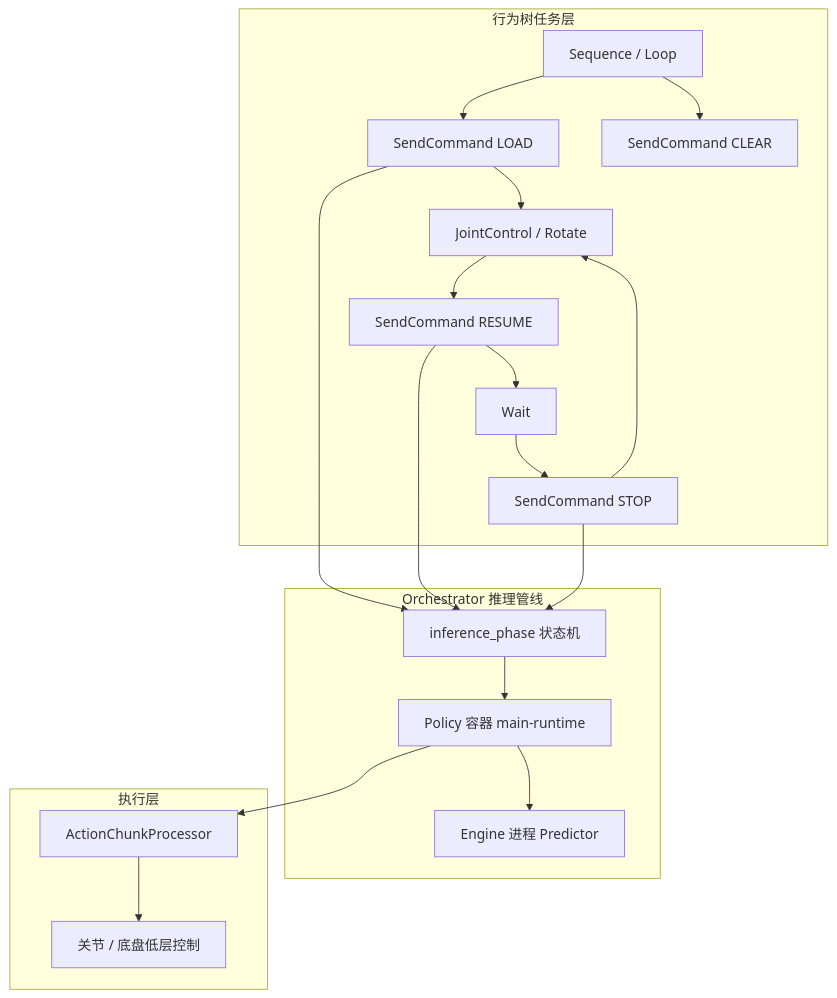
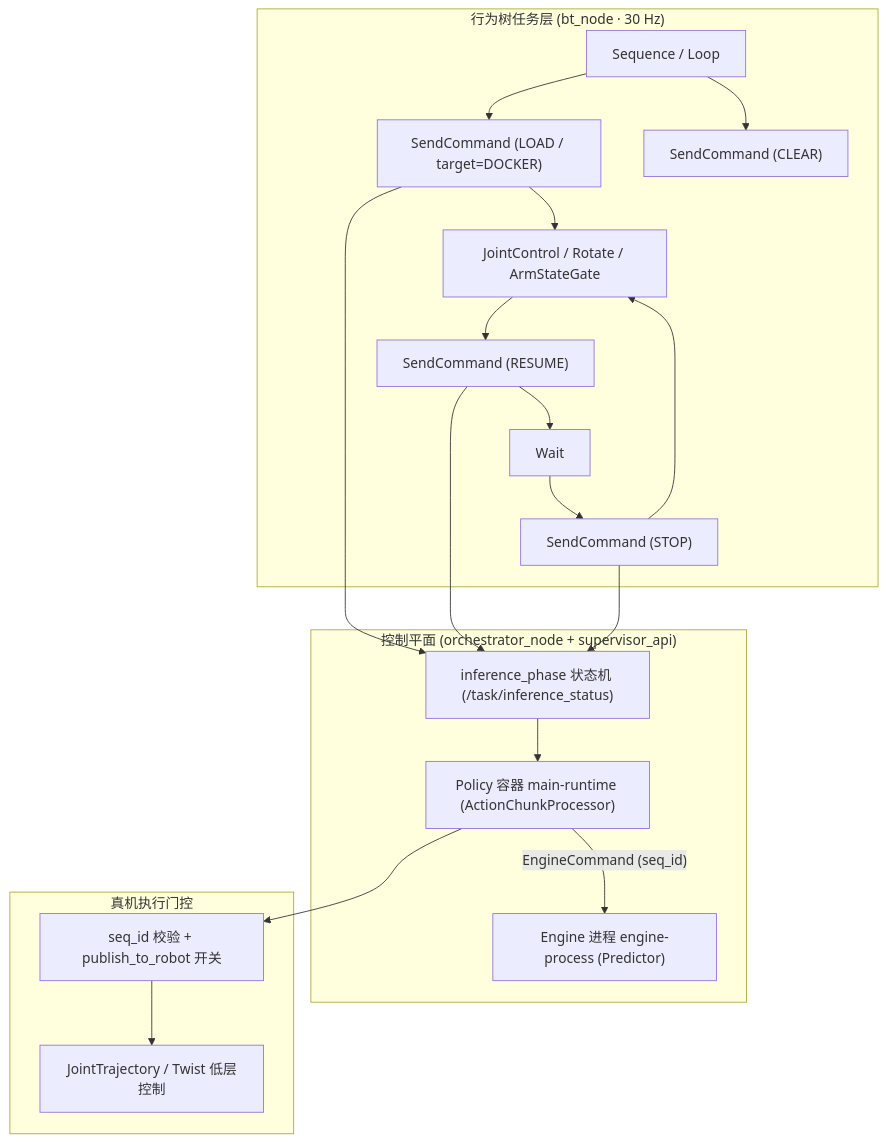
The diagram in wiki/concepts/behavior-tree-vla-orchestration.md (ImChong/Robotics_Notebooks), drawn with Mermaid before and after one commit. The commit also changed other lines of this file and 192 other files, not shown here.

Commit message:
[2026-11-14] ingest | roadmap/depth-vla.md — 补齐 VLA 纵深路线全部节点原文证据与满分健康度

````diff
--- a/wiki/concepts/behavior-tree-vla-orchestration.md
+++ b/wiki/concepts/behavior-tree-vla-orchestration.md
@@ -51,29 +53,30 @@
 ```mermaid
 flowchart TB
-  subgraph bt [行为树任务层]
-    SEQ[Sequence / Loop]
-    LOAD[SendCommand LOAD]
-    POSE[JointControl / Rotate]
-    RES[SendCommand RESUME]
-    WAIT[Wait]
-    STP[SendCommand STOP]
-    CLR[SendCommand CLEAR]
+  subgraph bt ["行为树任务层 (bt_node · 30 Hz)"]
+    SEQ["Sequence / Loop"]
+    LOAD["SendCommand (LOAD / target=DOCKER)"]
+    POSE["JointControl / Rotate / ArmStateGate"]
+    RES["SendCommand (RESUME)"]
+    WAIT["Wait"]
+    STP["SendCommand (STOP)"]
+    CLR["SendCommand (CLEAR)"]
   end
-  subgraph orch [Orchestrator 推理管线]
-    PHASE[inference_phase 状态机]
-    INF[Policy 容器 main-runtime]
-    ENG[Engine 进程 Predictor]
+  subgraph orch ["控制平面 (orchestrator_node + supervisor_api)"]
+    PHASE["inference_phase 状态机 (/task/inference_status)"]
+    INF["Policy 容器 main-runtime (ActionChunkProcessor)"]
+    ENG["Engine 进程 engine-process (Predictor)"]
   end
-  subgraph exec [执行层]
-    CHUNK[ActionChunkProcessor]
-    LOW[关节 / 底盘低层控制]
+  subgraph exec ["真机执行门控"]
+    CHK["seq_id 校验 + publish_to_robot 开关"]
+    LOW["JointTrajectory / Twist 低层控制"]
   end
   SEQ --> LOAD --> POSE --> RES --> WAIT --> STP
   STP --> POSE
   SEQ --> CLR
   LOAD --> PHASE
   RES --> PHASE
   STP --> PHASE
-  PHASE --> INF --> ENG
-  INF --> CHUNK --> LOW
+  PHASE --> INF
+  INF -->|"EngineCommand (seq_id)"| ENG
+  INF --> CHK --> LOW
 ```
````
